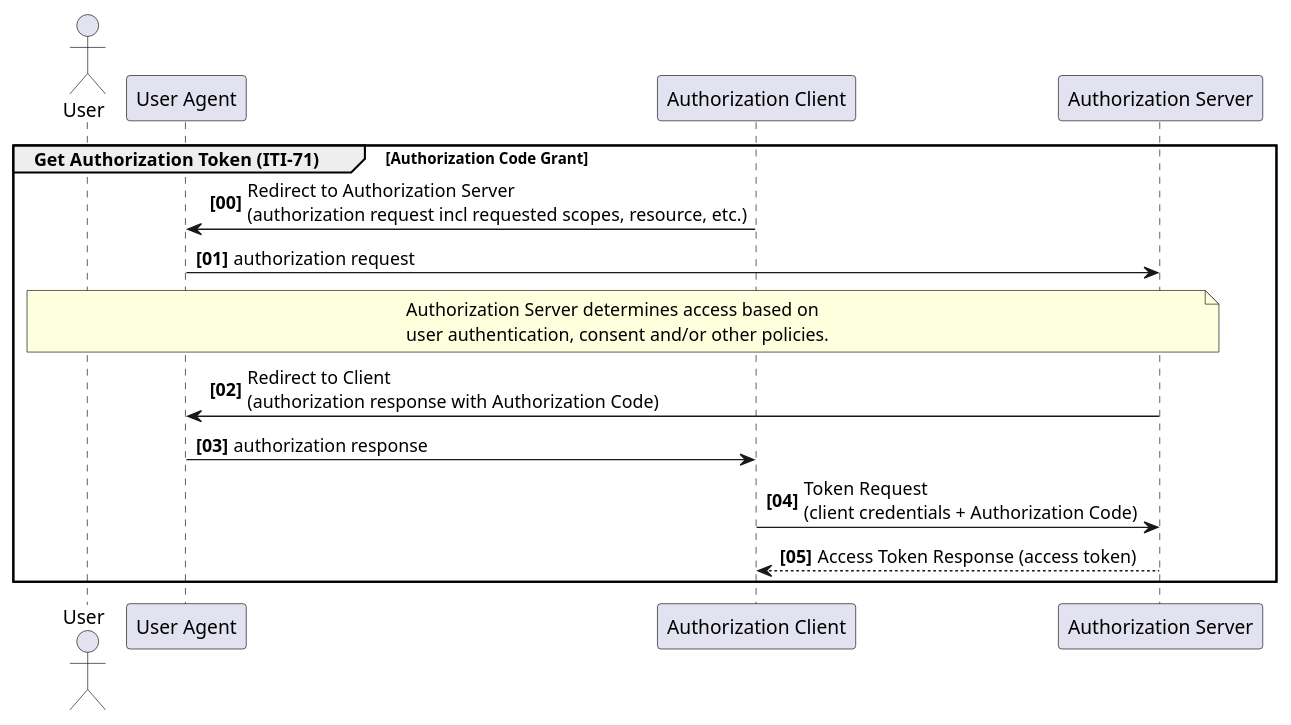
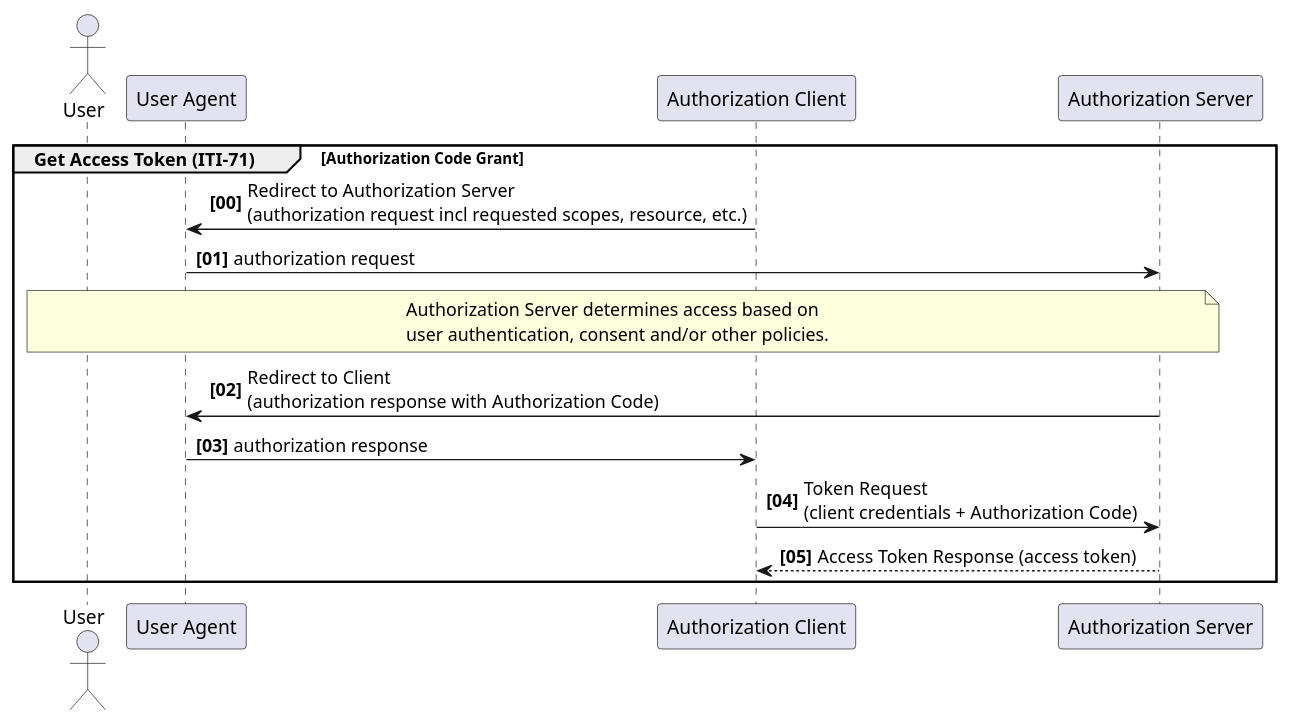
Before and after one commit to IHE/ITI.IUA: the third of 6 diagrams in IHE_ITI_Suppl_IUA.md, drawn with PlantUML. The commit also changed other lines of this file and 5 other files, not shown here.

Commit message:
change Authorization Token to Access Token. closes #17

````diff
--- a/IHE_ITI_Suppl_IUA.md
+++ b/IHE_ITI_Suppl_IUA.md
@@ -650,29 +650,29 @@
 ```plantuml
 @startuml authorization-code-grant
 
 actor User
 
 participant "User Agent" as UserAgent
 participant "Authorization Client" as Client
 participant "Authorization Server" as AuthzServer
 
 autonumber 0 1 "<b>[00]</b>"
 
-group Get Authorization Token (ITI-71) [Authorization Code Grant]
+group Get Access Token (ITI-71) [Authorization Code Grant]
 Client -> UserAgent: Redirect to Authorization Server \n(authorization request incl requested scopes, resource, etc.)
 UserAgent -> AuthzServer: authorization request
 
 note over User, AuthzServer
   Authorization Server determines access based on
   user authentication, consent and/or other policies.
 end note
 
 AuthzServer -> UserAgent: Redirect to Client \n(authorization response with Authorization Code)
 UserAgent -> Client: authorization response
 
 Client -> AuthzServer: Token Request \n(client credentials + Authorization Code)
 AuthzServer --> Client: Access Token Response (access token)
 end
 
 @enduml
 ```
````
